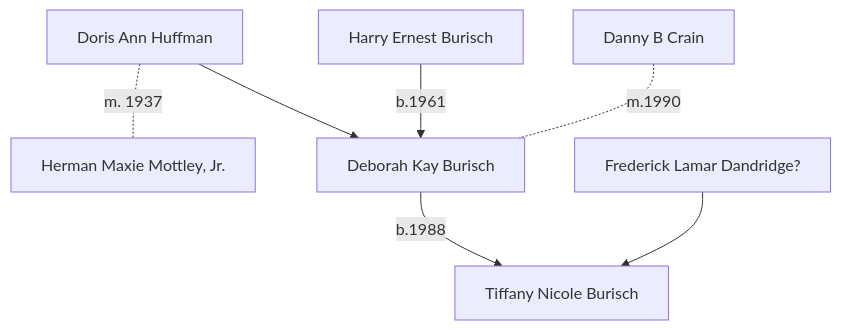
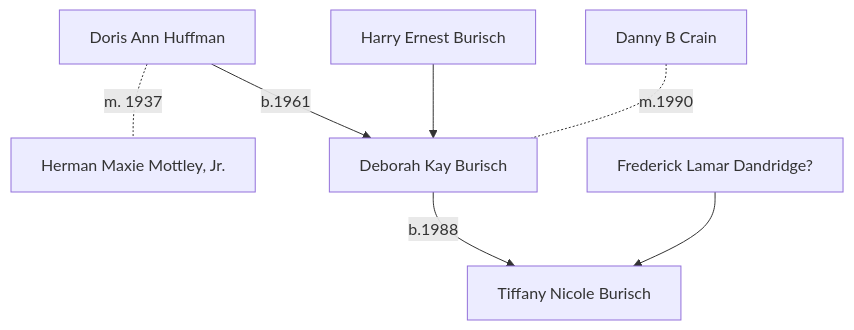
One commit to Black-Star-Institute/blackstar.github.io changed the diagram in docs/people/burisch_deborah.md. Above: the diagram before and after it, drawn with Mermaid.

````diff
--- a/docs/people/burisch_deborah.md
+++ b/docs/people/burisch_deborah.md
@@ -24,9 +24,9 @@
 ```mermaid
 graph TD;
   doris -. "m. 1937" .- herman[Herman Maxie Mottley, Jr.]
-  harry[Harry Ernest Burisch] -- "b.1961" --> deborah
-  doris[Doris Ann Huffman] --> deborah
+  harry[Harry Ernest Burisch] --> deborah
+  doris[Doris Ann Huffman] -- "b.1961" --> deborah
   deborah[Deborah Kay Burisch] -- "b.1988" --> tiffany[Tiffany Nicole Burisch]
   dan[Danny B Crain] -. "m.1990" .- deborah
   fred[Frederick Lamar Dandridge?] --> tiffany
 ```
````
